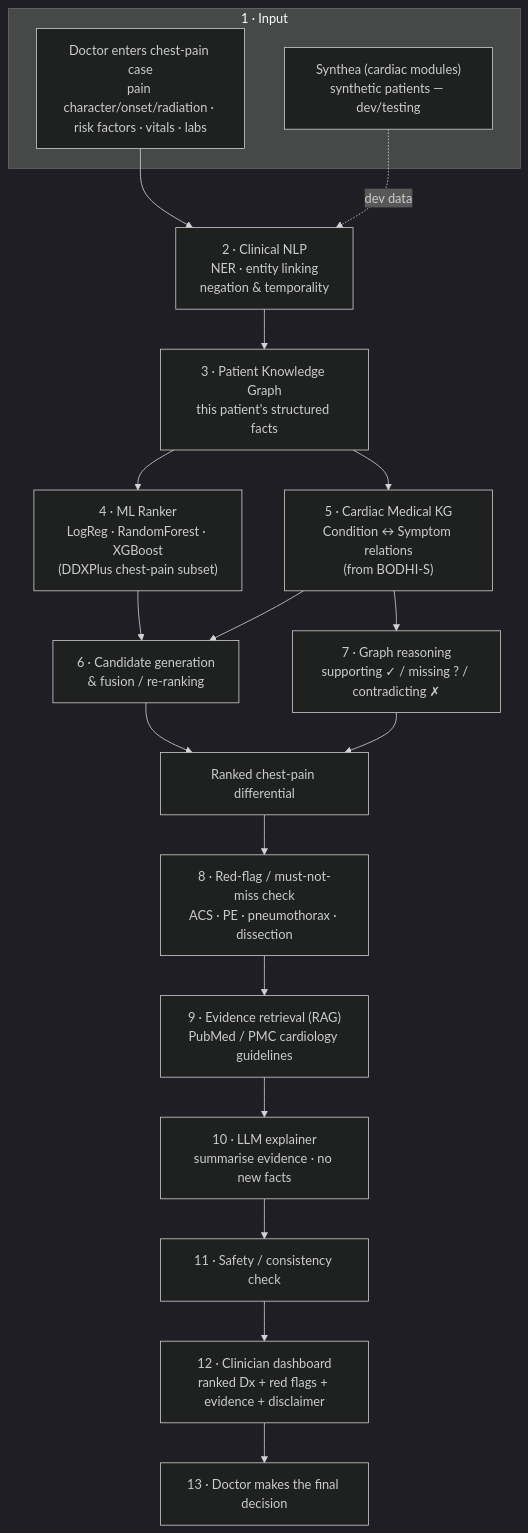
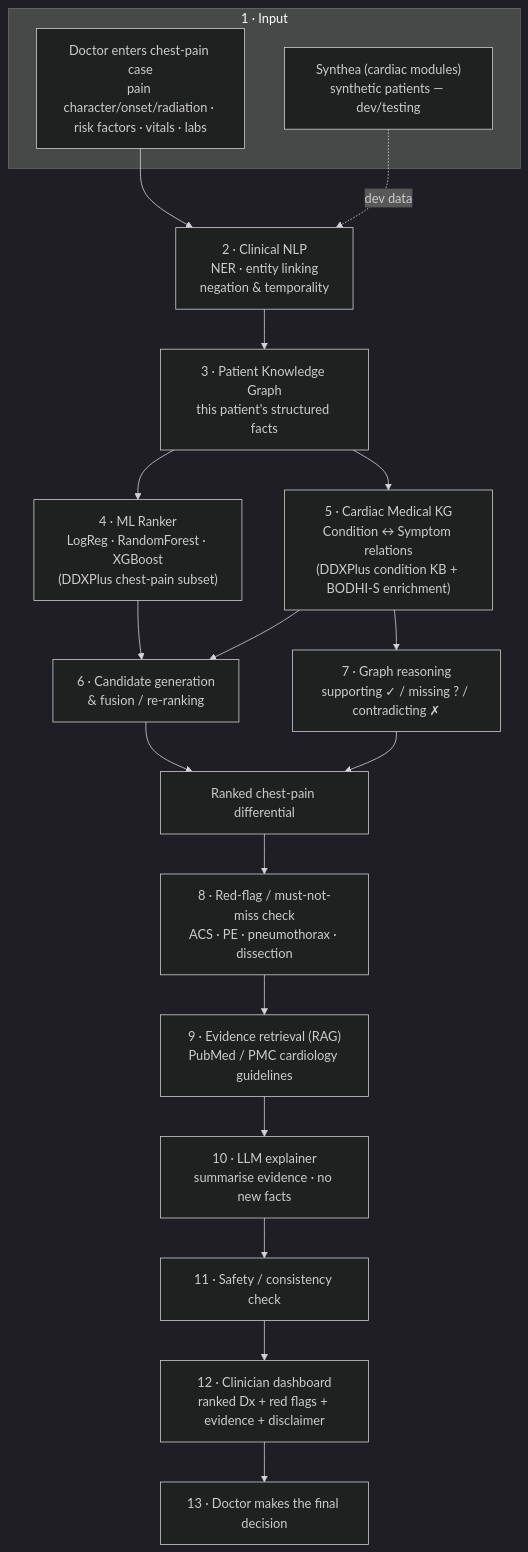
The first of 4 diagrams in README.md (HarshRohila02/nightingale), drawn with Mermaid (dark theme) before and after one commit. The commit also changed other lines of this file and 18 other files, not shown here.

````diff
--- a/README.md
+++ b/README.md
@@ -110,29 +111,29 @@
 ```mermaid
 flowchart TD
     subgraph INPUT["1 · Input"]
         A["Doctor enters chest-pain case<br/>pain character/onset/radiation · risk factors · vitals · labs"]
         SYN["Synthea (cardiac modules)<br/>synthetic patients — dev/testing"]
     end
 
     A --> NLP["2 · Clinical NLP<br/>NER · entity linking<br/>negation & temporality"]
     SYN -.dev data.-> NLP
 
     NLP --> PKG["3 · Patient Knowledge Graph<br/>this patient's structured facts"]
 
     PKG --> ML["4 · ML Ranker<br/>LogReg · RandomForest · XGBoost<br/>(DDXPlus chest-pain subset)"]
-    PKG --> MKG["5 · Cardiac Medical KG<br/>Condition ↔ Symptom relations<br/>(from BODHI-S)"]
+    PKG --> MKG["5 · Cardiac Medical KG<br/>Condition ↔ Symptom relations<br/>(DDXPlus condition KB + BODHI-S enrichment)"]
 
     ML --> FUSE["6 · Candidate generation<br/>& fusion / re-ranking"]
     MKG --> FUSE
     MKG --> REASON["7 · Graph reasoning<br/>supporting ✓ / missing ? / contradicting ✗"]
 
     FUSE --> CAND["Ranked chest-pain differential"]
     REASON --> CAND
 
     CAND --> REDFLAG["8 · Red-flag / must-not-miss check<br/>ACS · PE · pneumothorax · dissection"]
     REDFLAG --> RAG["9 · Evidence retrieval (RAG)<br/>PubMed / PMC cardiology guidelines"]
     RAG --> LLM["10 · LLM explainer<br/>summarise evidence · no new facts"]
     LLM --> SAFE["11 · Safety / consistency check"]
     SAFE --> DASH["12 · Clinician dashboard<br/>ranked Dx + red flags + evidence + disclaimer"]
     DASH --> DOC["13 · Doctor makes the final decision"]
 ```
````
